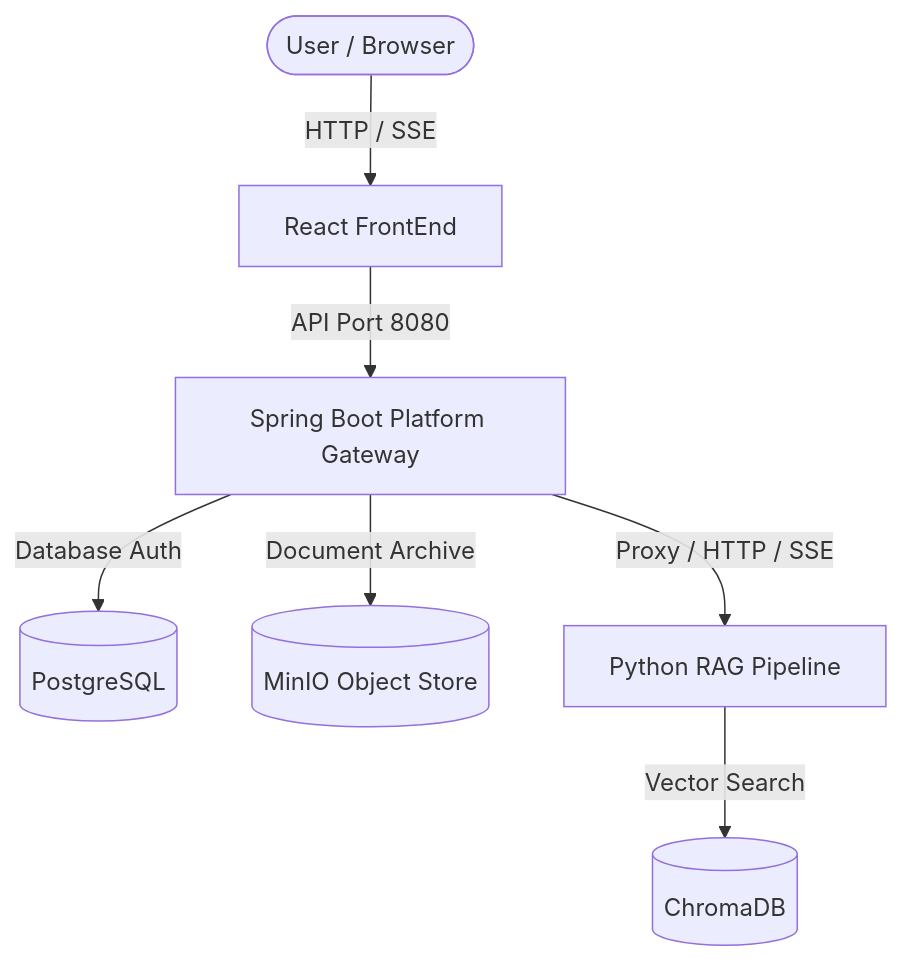
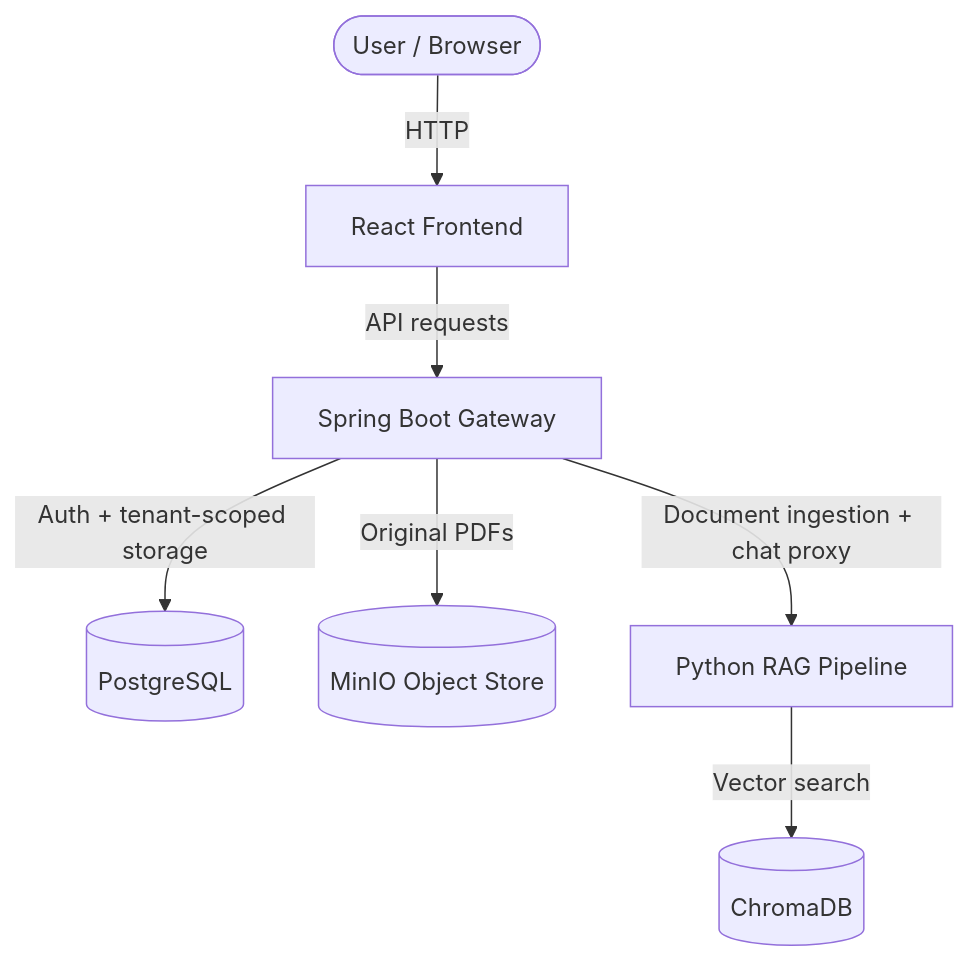
Before and after one commit to eayzaid/DokuMind: the diagram in README.md, drawn with Mermaid. The commit also changed other lines of this file, not shown here.

````diff
--- a/README.md
+++ b/README.md
@@ -11,9 +7,9 @@
 ```mermaid
 graph TD
-    User([User / Browser]) -->|HTTP / SSE| FE[React FrontEnd]
-    FE -->|API Port 8080| GW[Spring Boot Platform Gateway]
-    GW -->|Database Auth| PG[(PostgreSQL)]
-    GW -->|Document Archive| MinIO[(MinIO Object Store)]
-    GW -->|Proxy / HTTP / SSE| RAG[Python RAG Pipeline]
-    RAG -->|Vector Search| Chroma[(ChromaDB)]
+    User([User / Browser]) -->|HTTP| FE[React Frontend]
+    FE -->|API requests| GW[Spring Boot Gateway]
+    GW -->|Auth + tenant-scoped storage| PG[(PostgreSQL)]
+    GW -->|Original PDFs| MinIO[(MinIO Object Store)]
+    GW -->|Document ingestion + chat proxy| RAG[Python RAG Pipeline]
+    RAG -->|Vector search| Chroma[(ChromaDB)]
 ```
````
